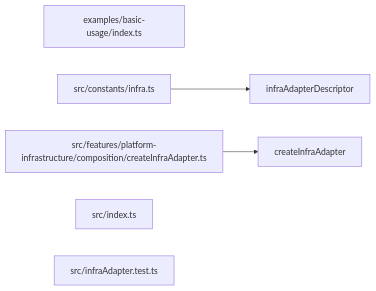
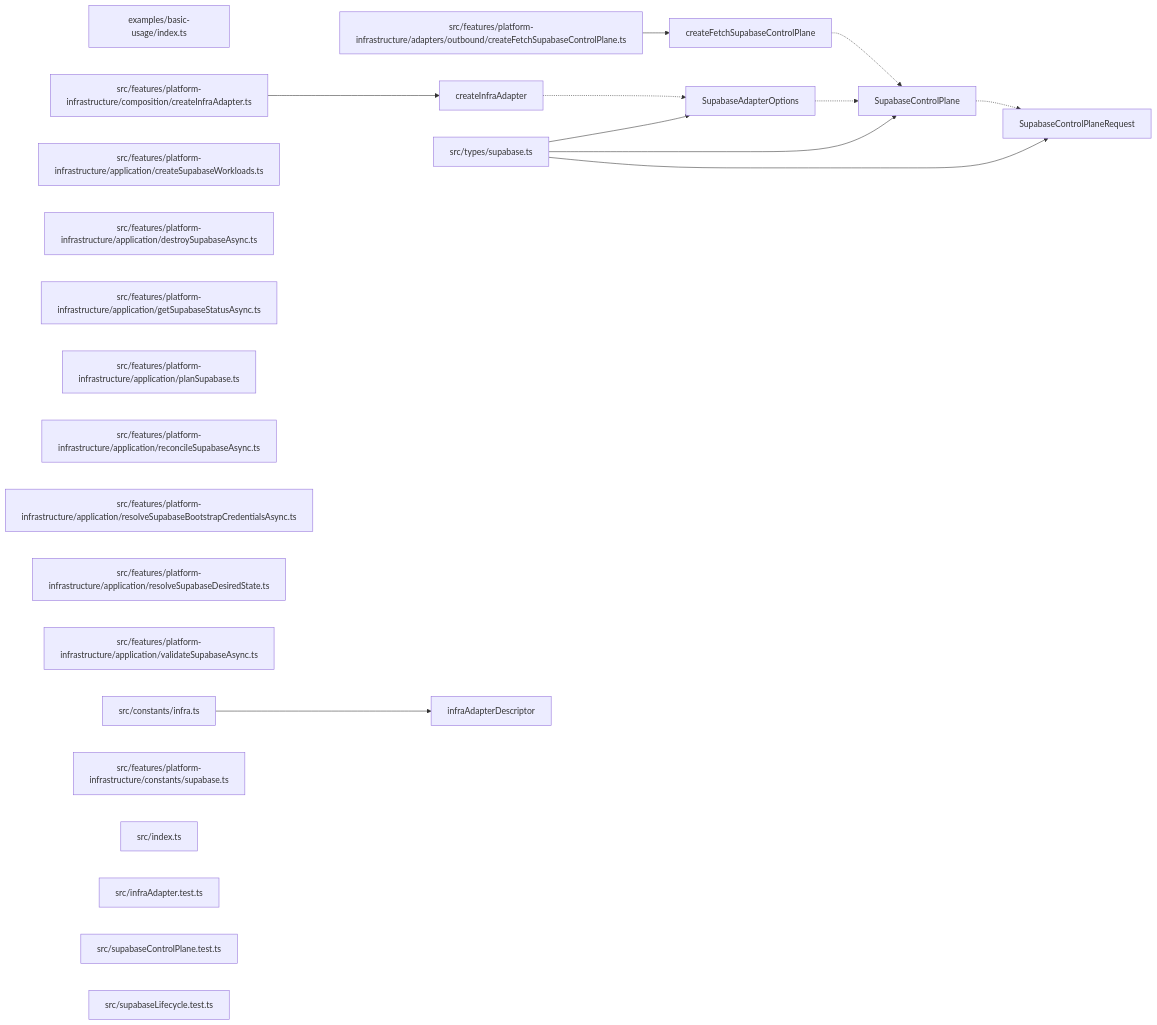
The diagram in paradox/diagrams/export-graph.mmd (ankhorage/supabase), drawn with Mermaid before and after one commit. The commit also changed 28 other files, not shown here.

Commit message:
feat: implement Supabase platform lifecycle (#2)

```diff
--- a/paradox/diagrams/export-graph.mmd
+++ b/paradox/diagrams/export-graph.mmd
@@ -1,10 +1,35 @@
 graph LR
   module_examples_basic_usage_index_ts["examples/basic-usage/index.ts"]
   module_src_constants_infra_ts["src/constants/infra.ts"]
+  module_src_features_platform_infrastructure_adapters_outbound_createFetchSupabaseControlPlane_ts["src/features/platform-infrastructure/adapters/outbound/createFetchSupabaseControlPlane.ts"]
+  module_src_features_platform_infrastructure_application_createSupabaseWorkloads_ts["src/features/platform-infrastructure/application/createSupabaseWorkloads.ts"]
+  module_src_features_platform_infrastructure_application_destroySupabaseAsync_ts["src/features/platform-infrastructure/application/destroySupabaseAsync.ts"]
+  module_src_features_platform_infrastructure_application_getSupabaseStatusAsync_ts["src/features/platform-infrastructure/application/getSupabaseStatusAsync.ts"]
+  module_src_features_platform_infrastructure_application_planSupabase_ts["src/features/platform-infrastructure/application/planSupabase.ts"]
+  module_src_features_platform_infrastructure_application_reconcileSupabaseAsync_ts["src/features/platform-infrastructure/application/reconcileSupabaseAsync.ts"]
+  module_src_features_platform_infrastructure_application_resolveSupabaseBootstrapCredentialsAsync_ts["src/features/platform-infrastructure/application/resolveSupabaseBootstrapCredentialsAsync.ts"]
+  module_src_features_platform_infrastructure_application_resolveSupabaseDesiredState_ts["src/features/platform-infrastructure/application/resolveSupabaseDesiredState.ts"]
+  module_src_features_platform_infrastructure_application_validateSupabaseAsync_ts["src/features/platform-infrastructure/application/validateSupabaseAsync.ts"]
   module_src_features_platform_infrastructure_composition_createInfraAdapter_ts["src/features/platform-infrastructure/composition/createInfraAdapter.ts"]
+  module_src_features_platform_infrastructure_constants_supabase_ts["src/features/platform-infrastructure/constants/supabase.ts"]
   module_src_index_ts["src/index.ts"]
   module_src_infraAdapter_test_ts["src/infraAdapter.test.ts"]
+  module_src_supabaseControlPlane_test_ts["src/supabaseControlPlane.test.ts"]
+  module_src_supabaseLifecycle_test_ts["src/supabaseLifecycle.test.ts"]
+  module_src_types_supabase_ts["src/types/supabase.ts"]
+  export_createFetchSupabaseControlPlane["createFetchSupabaseControlPlane"]
+  module_src_features_platform_infrastructure_adapters_outbound_createFetchSupabaseControlPlane_ts --> export_createFetchSupabaseControlPlane
+  export_createFetchSupabaseControlPlane -.-> export_SupabaseControlPlane
   export_createInfraAdapter["createInfraAdapter"]
   module_src_features_platform_infrastructure_composition_createInfraAdapter_ts --> export_createInfraAdapter
+  export_createInfraAdapter -.-> export_SupabaseAdapterOptions
   export_infraAdapterDescriptor["infraAdapterDescriptor"]
   module_src_constants_infra_ts --> export_infraAdapterDescriptor
+  export_SupabaseAdapterOptions["SupabaseAdapterOptions"]
+  module_src_types_supabase_ts --> export_SupabaseAdapterOptions
+  export_SupabaseAdapterOptions -.-> export_SupabaseControlPlane
+  export_SupabaseControlPlane["SupabaseControlPlane"]
+  module_src_types_supabase_ts --> export_SupabaseControlPlane
+  export_SupabaseControlPlane -.-> export_SupabaseControlPlaneRequest
+  export_SupabaseControlPlaneRequest["SupabaseControlPlaneRequest"]
+  module_src_types_supabase_ts --> export_SupabaseControlPlaneRequest
```
